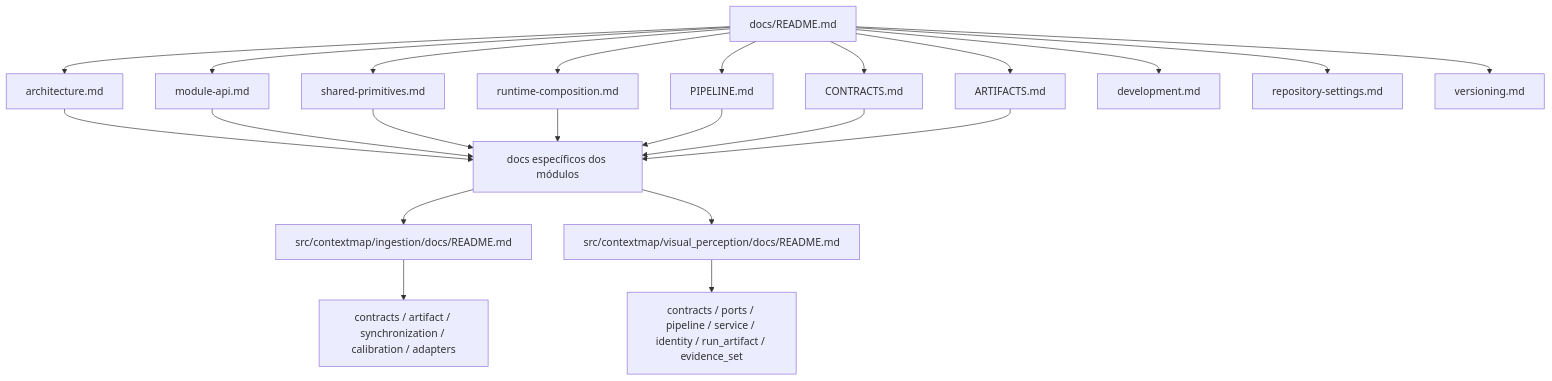
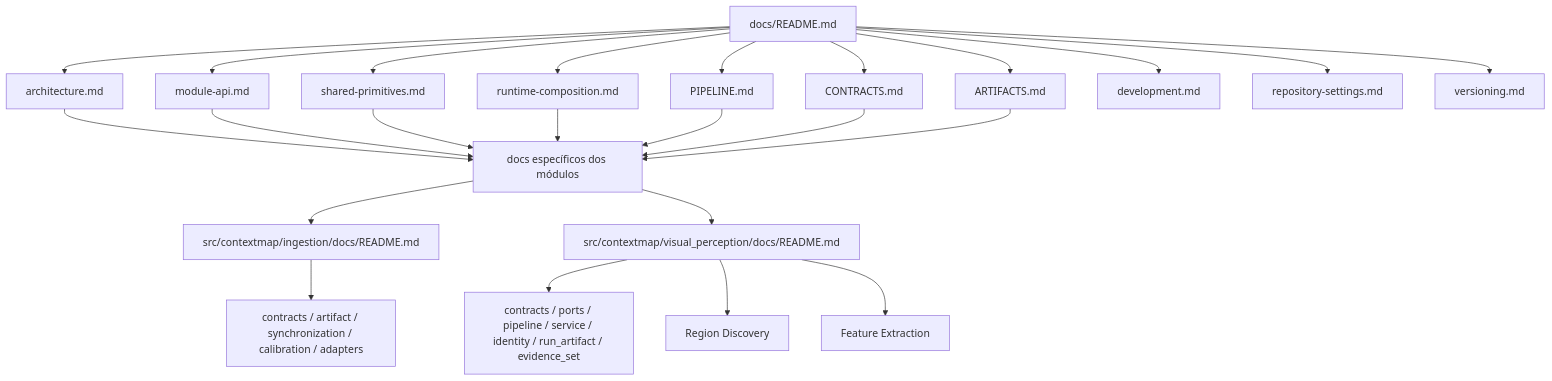
The third of 3 diagrams in docs/README.md (Alexandre-Tortoza/contextmap2), drawn with Mermaid before and after one commit. The commit also changed other lines of this file, not shown here.

Commit message:
docs(feature-extraction): refresh global documentation index

````diff
--- a/docs/README.md
+++ b/docs/README.md
@@ -65,28 +65,30 @@
 ```mermaid
 flowchart TD
     R[docs/README.md]
 
     R --> P[PIPELINE.md]
     R --> A[architecture.md]
     R --> API[module-api.md]
     R --> SH[shared-primitives.md]
     R --> RC[runtime-composition.md]
     R --> C[CONTRACTS.md]
     R --> AR[ARTIFACTS.md]
     R --> D[development.md]
     R --> RS[repository-settings.md]
     R --> V[versioning.md]
 
     A --> M[docs específicos dos módulos]
     API --> M
     SH --> M
     RC --> M
     P --> M
     C --> M
     AR --> M
 
     M --> ING[src/contextmap/ingestion/docs/README.md]
     M --> VP[src/contextmap/visual_perception/docs/README.md]
     ING --> ID[contracts / artifact / synchronization / calibration / adapters]
     VP --> VD[contracts / ports / pipeline / service / identity / run_artifact / evidence_set]
+    VP --> RD[Region Discovery]
+    VP --> FE[Feature Extraction]
 ```
````
